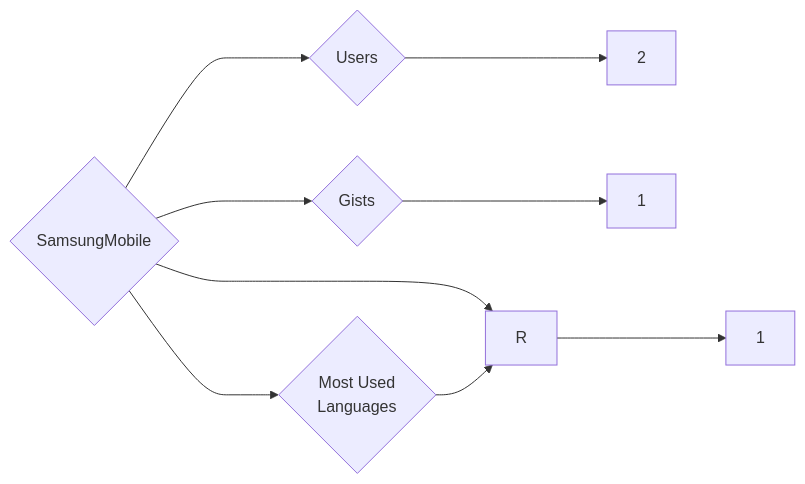
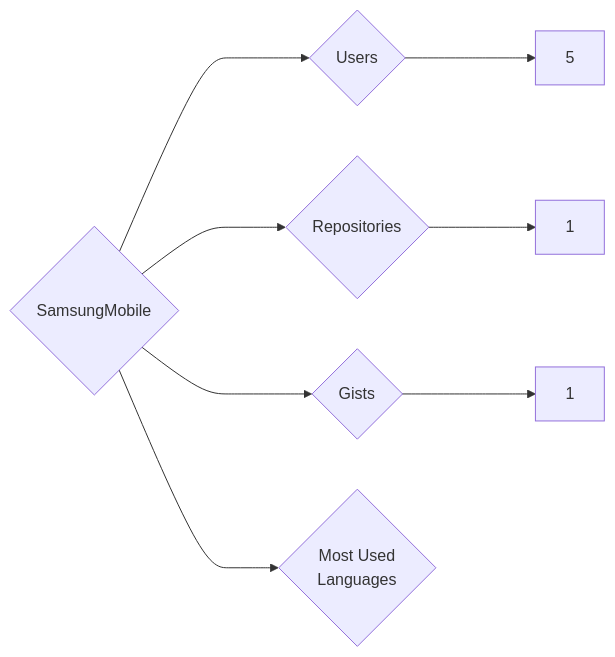
The diagram in targets/SamsungMobile/README.md (trickest/insiders), drawn with Mermaid before and after one commit. The commit also changed 1696 other files, not shown here.

````diff
--- a/targets/SamsungMobile/README.md
+++ b/targets/SamsungMobile/README.md
@@ -3,9 +3,8 @@
 ```mermaid
 graph LR
 COMPANY_NAME{SamsungMobile}
-COMPANY_NAME ---> U{Users} ---> UN[2]
+COMPANY_NAME ---> U{Users} ---> UN[5]
 COMPANY_NAME ---> R{Repositories} ---> RN[1]
 COMPANY_NAME ---> G{Gists} ---> GN[1]
 COMPANY_NAME ---> ML{Most Used<br>Languages}
-ML --> R[R]
 ```
````
